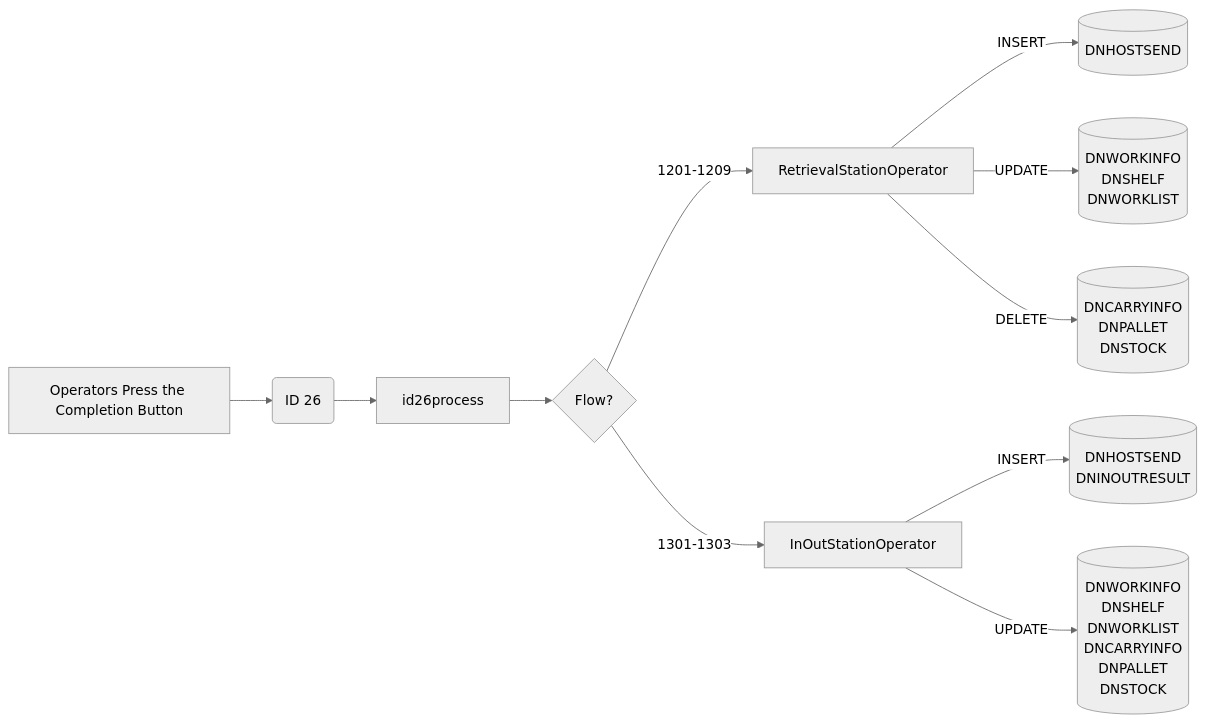
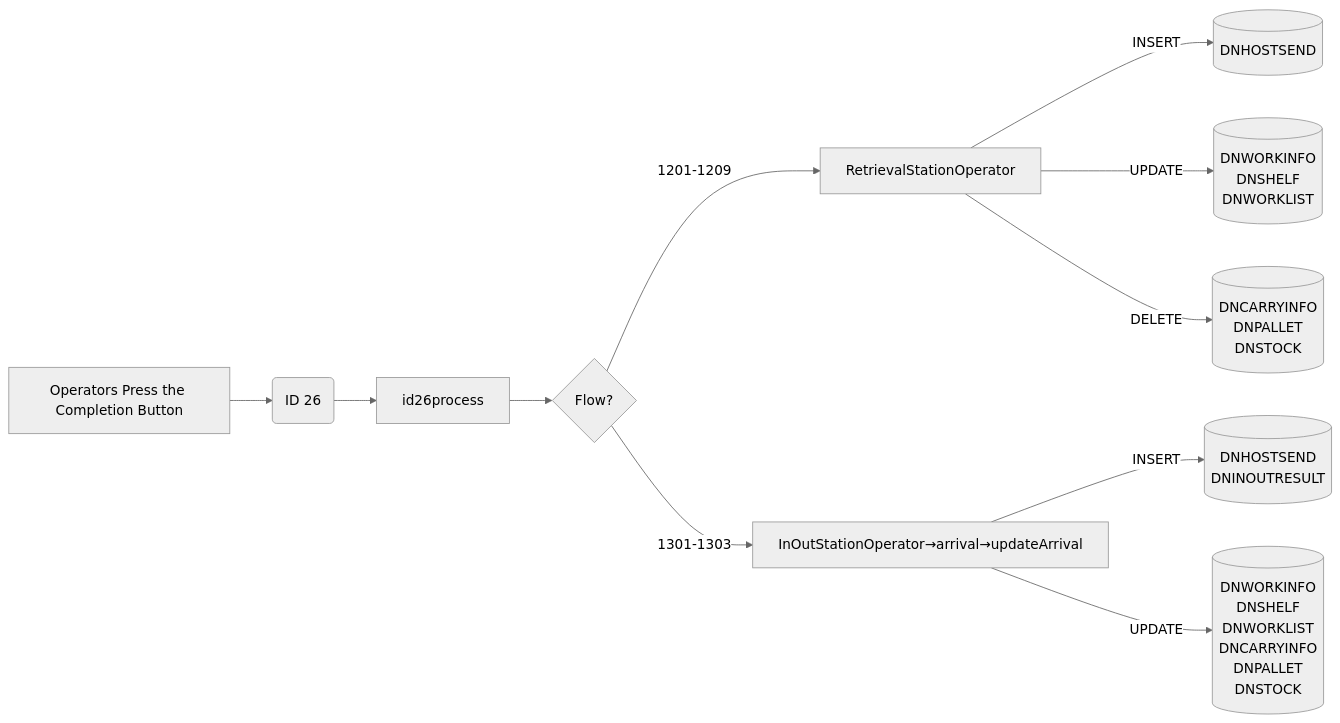
One commit to luthfiadityaa/SimeDarby-Wiki changed diagram 19 of 19 in Basic-Design/DFD-WMS/Retrieval/Specific-Location-Retrieval-Setting.md. Above: the diagram before and after it, drawn with Mermaid (neutral theme). The commit also changed other lines of this file, not shown here.

Commit message:
Updated Specific Location Retrieval Setting

```diff
--- a/Basic-Design/DFD-WMS/Retrieval/Specific-Location-Retrieval-Setting.md
+++ b/Basic-Design/DFD-WMS/Retrieval/Specific-Location-Retrieval-Setting.md
@@ -836,58 +836,58 @@
 ::: mermaid
 flowchart LR
 
 buttonclicked["
 Operators Press the Completion Button
 "]
 
 id26msg("
 ID 26
 ")
 
 
 id26-updateRt[("
 DNWORKINFO
 DNSHELF
 DNWORKLIST
 ")]
 
 id26-deleteRt[("
 DNCARRYINFO
 DNPALLET
 DNSTOCK
 ")]
 
 id26-insertRt[("
 DNHOSTSEND
 ")]
 
 id26-updateIo[("
 DNWORKINFO
 DNSHELF
 DNWORKLIST
 DNCARRYINFO
 DNPALLET
 DNSTOCK
 ")]
 
 id26-insertIo[("
 DNHOSTSEND
 DNINOUTRESULT
 ")]
 
 id26process[id26process]
 
 buttonclicked --> id26msg
 id26msg -->id26process-->Cond1{Flow?}
 
 RetrievalStationOperator--> |INSERT| id26-insertRt 
 RetrievalStationOperator--> |UPDATE| id26-updateRt 
 RetrievalStationOperator--> |DELETE| id26-deleteRt 
 
 Cond1{Flow?} --> |1201-1209| RetrievalStationOperator
-Cond1{Flow?} --> |1301-1303| InOutStationOperator
+Cond1{Flow?} --> |1301-1303| P2[InOutStationOperator→arrival→updateArrival]
 
-InOutStationOperator --> |INSERT| id26-insertIo
-InOutStationOperator --> |UPDATE| id26-updateIo
+P2 --> |INSERT| id26-insertIo
+P2 --> |UPDATE| id26-updateIo
 
 :::
```
